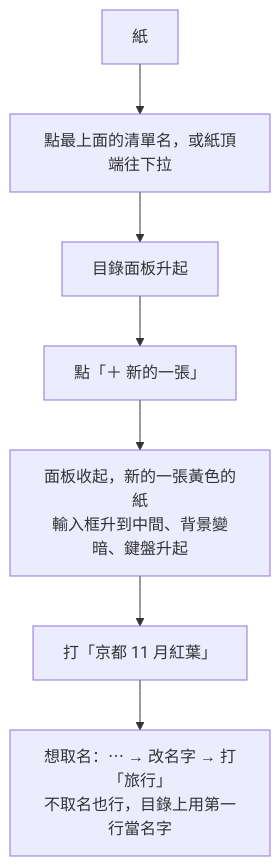
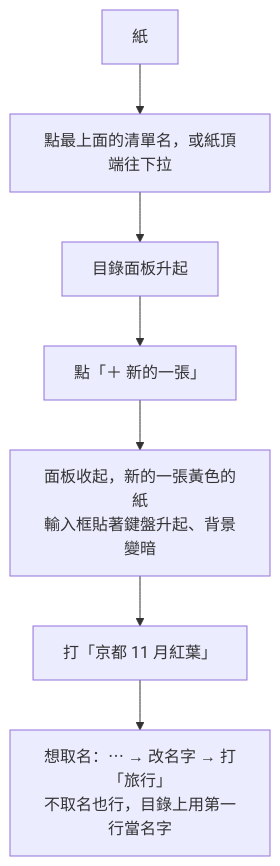
Before and after one commit to domyweb666/qieji-app: the second of 7 diagrams in .uiux/02-流程-暫定.md, drawn with Mermaid. The commit also changed other lines of this file and 14 other files, not shown here.

````diff
--- a/.uiux/02-流程-暫定.md
+++ b/.uiux/02-流程-暫定.md
@@ -57,9 +57,9 @@
 ```mermaid
 flowchart TD
   A[紙] --> B[點最上面的清單名，或紙頂端往下拉]
   B --> C[目錄面板升起]
   C --> D[點「＋ 新的一張」]
-  D --> E[面板收起，新的一張黃色的紙<br>輸入框升到中間、背景變暗、鍵盤升起]
+  D --> E[面板收起，新的一張黃色的紙<br>輸入框貼著鍵盤升起、背景變暗]
   E --> F[打「京都 11 月紅葉」]
   F --> G[想取名：⋯ → 改名字 → 打「旅行」<br>不取名也行，目錄上用第一行當名字]
 ```
````
